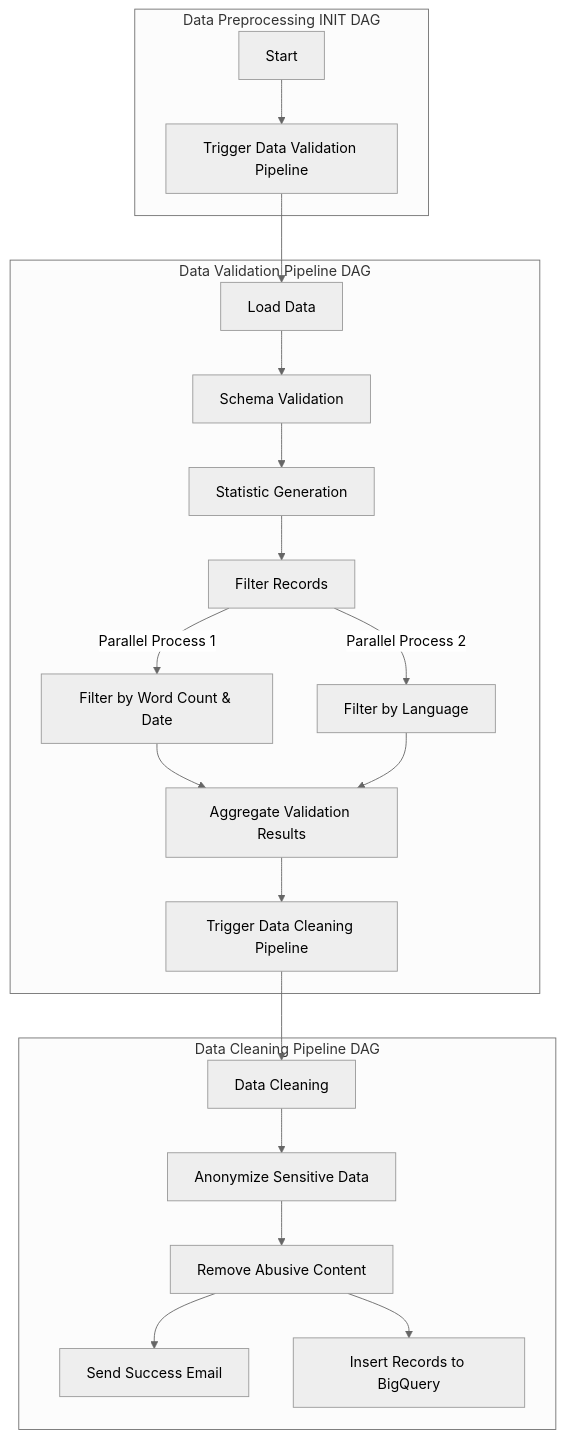
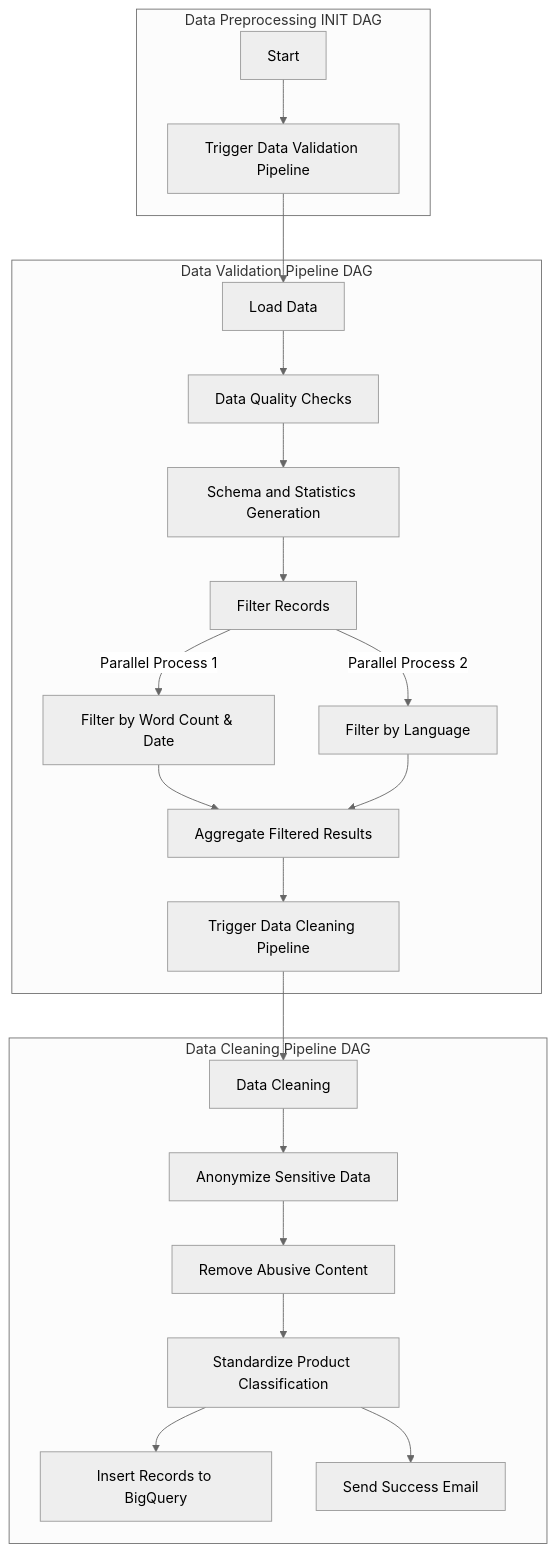
One commit to rajpandeygithub/Automated-BiLingual-Complaint-System changed the diagram in README.md. Above: the diagram before and after it, drawn with Mermaid (neutral theme).

Commit message:
updated mermaid graph readme

````diff
--- a/README.md
+++ b/README.md
@@ -289,27 +289,28 @@
 ```mermaid
 graph TB
     subgraph "Data Preprocessing INIT DAG"
         A[Start] --> B[Trigger Data Validation Pipeline]
     end
 
     subgraph "Data Validation Pipeline DAG"
-        C[Load Data] --> D[Schema Validation]
-        D --> S[Statistic Generation]
-        S --> E[Filter Records]
-        E --> |Parallel Process 1| F[Filter by Word Count & Date]
-        E --> |Parallel Process 2| G[Filter by Language]
-        F --> H[Aggregate Validation Results]
-        G --> H
-        H --> I[Trigger Data Cleaning Pipeline]
+        C[Load Data] --> D[Data Quality Checks]
+        D --> E[Schema and Statistics Generation]
+        E --> F[Filter Records]
+        F --> |Parallel Process 1| G[Filter by Word Count & Date]
+        F --> |Parallel Process 2| H[Filter by Language]
+        G --> I[Aggregate Filtered Results]
+        H --> I
+        I --> J[Trigger Data Cleaning Pipeline]
     end
 
     subgraph "Data Cleaning Pipeline DAG"
-        J[Data Cleaning] --> K[Anonymize Sensitive Data]
-        K --> L[Remove Abusive Content]
-        L --> M[Send Success Email]
-        L --> N[Insert Records to BigQuery]
+        K[Data Cleaning] --> L[Anonymize Sensitive Data]
+        L --> M[Remove Abusive Content]
+        M --> N[Standardize Product Classification]
+        N --> O[Insert Records to BigQuery]
+        N --> P[Send Success Email]
     end
 
     B --> C
-    I --> J
+    J --> K
 ```
````
